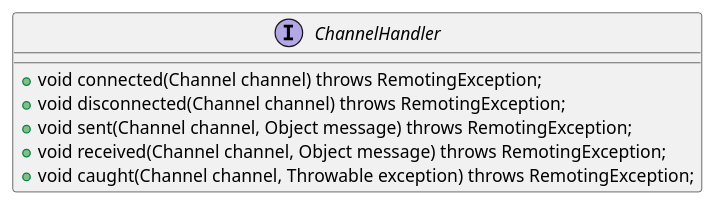
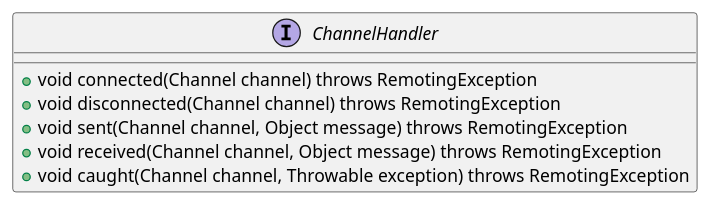
One commit to onlyonion/development changed the diagram in 30-distributed/src/dubbo/remoting/ChannelHandler.md. Above: the diagram before and after it, drawn with PlantUML. The commit also changed 6 other files, not shown here.

````diff
--- a/30-distributed/src/dubbo/remoting/ChannelHandler.md
+++ b/30-distributed/src/dubbo/remoting/ChannelHandler.md
@@ -48,13 +48,13 @@
 ```plantuml
 @startuml
 
 interface ChannelHandler {
-    + void connected(Channel channel) throws RemotingException;
-    + void disconnected(Channel channel) throws RemotingException;
-    + void sent(Channel channel, Object message) throws RemotingException;
-    + void received(Channel channel, Object message) throws RemotingException;
-    + void caught(Channel channel, Throwable exception) throws RemotingException;
+    + void connected(Channel channel) throws RemotingException
+    + void disconnected(Channel channel) throws RemotingException
+    + void sent(Channel channel, Object message) throws RemotingException
+    + void received(Channel channel, Object message) throws RemotingException
+    + void caught(Channel channel, Throwable exception) throws RemotingException
 }
 
 @enduml
 ```
````
